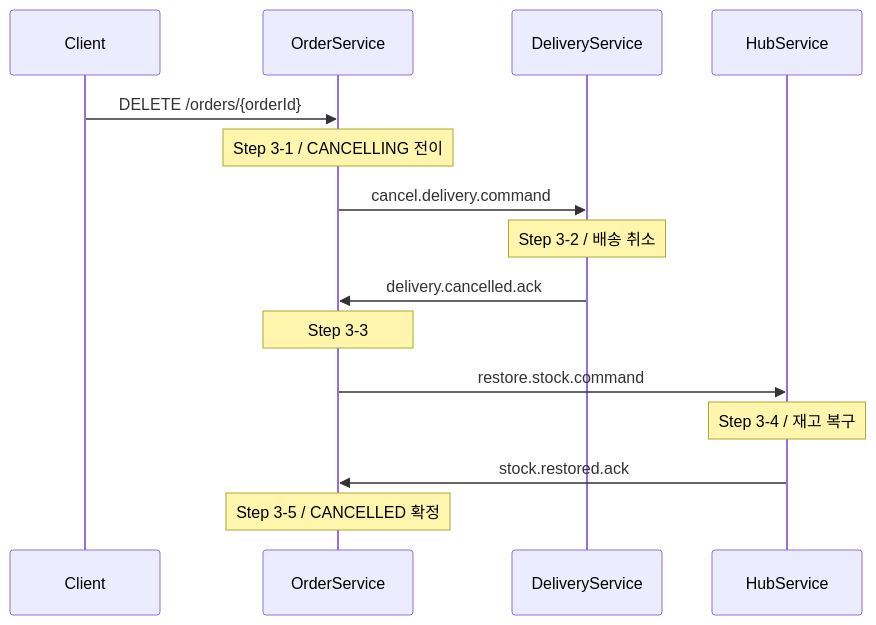
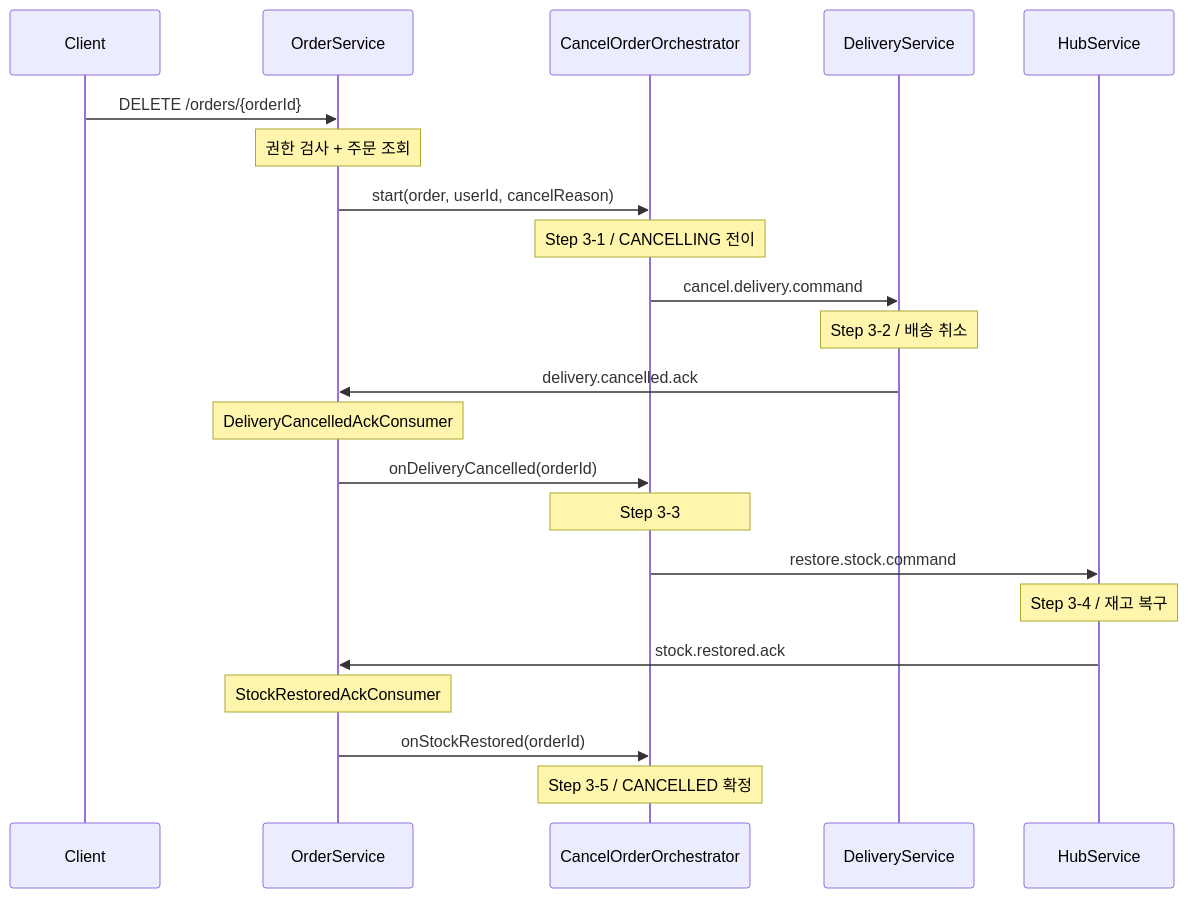
Before and after one commit to qkrwns1478/sparta-logistics: the third of 4 diagrams in order-service/src/main/java/com/sparta/logistics/order/order/saga/README.md, drawn with Mermaid. The commit also changed other lines of this file, not shown here.

Commit message:
docs: README 업데이트

````diff
--- a/order-service/src/main/java/com/sparta/logistics/order/order/saga/README.md
+++ b/order-service/src/main/java/com/sparta/logistics/order/order/saga/README.md
@@ -190,18 +202,25 @@
 ```mermaid
 sequenceDiagram
     participant C as Client
     participant O as OrderService
+    participant Orch as CancelOrderOrchestrator
     participant D as DeliveryService
     participant H as HubService
 
     C->>O: DELETE /orders/{orderId}
-    Note over O: Step 3-1 / CANCELLING 전이
-    O->>D: cancel.delivery.command
+    Note over O: 권한 검사 + 주문 조회
+    O->>Orch: start(order, userId, cancelReason)
+    Note over Orch: Step 3-1 / CANCELLING 전이
+    Orch->>D: cancel.delivery.command
     Note over D: Step 3-2 / 배송 취소
     D->>O: delivery.cancelled.ack
-    Note over O: Step 3-3
-    O->>H: restore.stock.command
+    Note over O: DeliveryCancelledAckConsumer
+    O->>Orch: onDeliveryCancelled(orderId)
+    Note over Orch: Step 3-3
+    Orch->>H: restore.stock.command
     Note over H: Step 3-4 / 재고 복구
     H->>O: stock.restored.ack
-    Note over O: Step 3-5 / CANCELLED 확정
+    Note over O: StockRestoredAckConsumer
+    O->>Orch: onStockRestored(orderId)
+    Note over Orch: Step 3-5 / CANCELLED 확정
 ```
````
